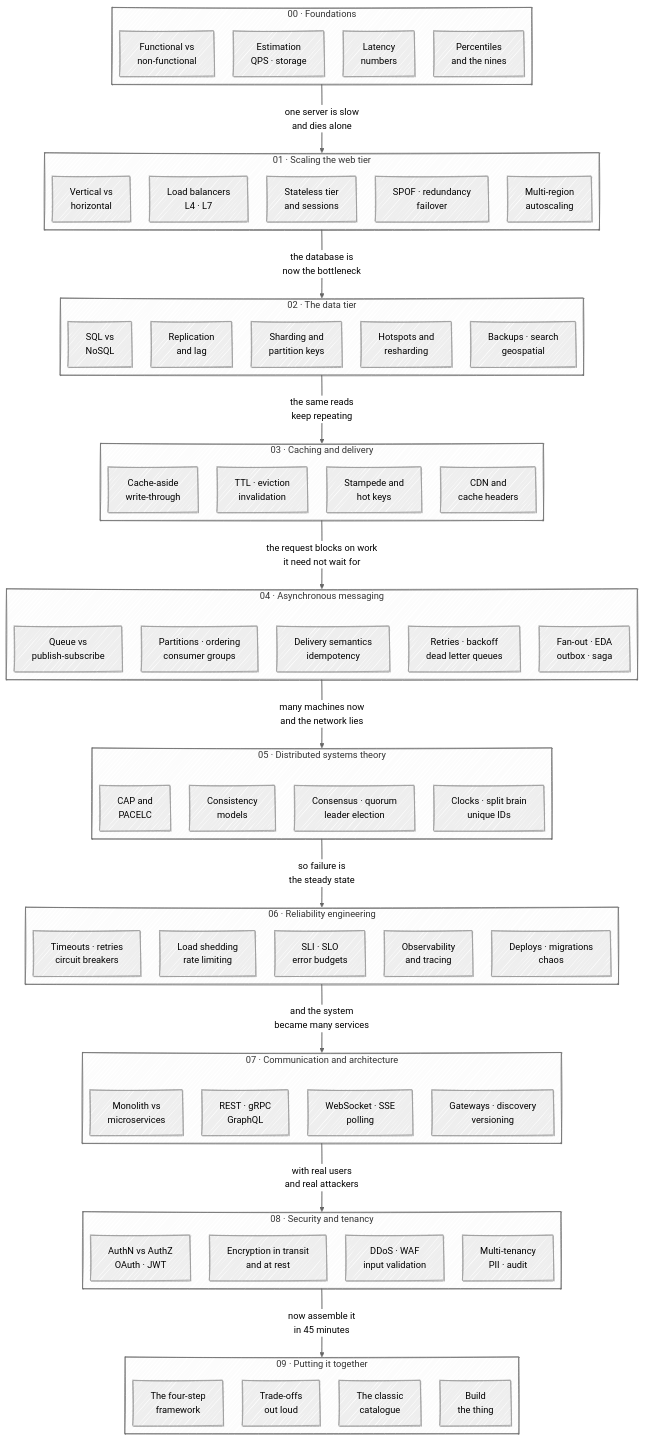
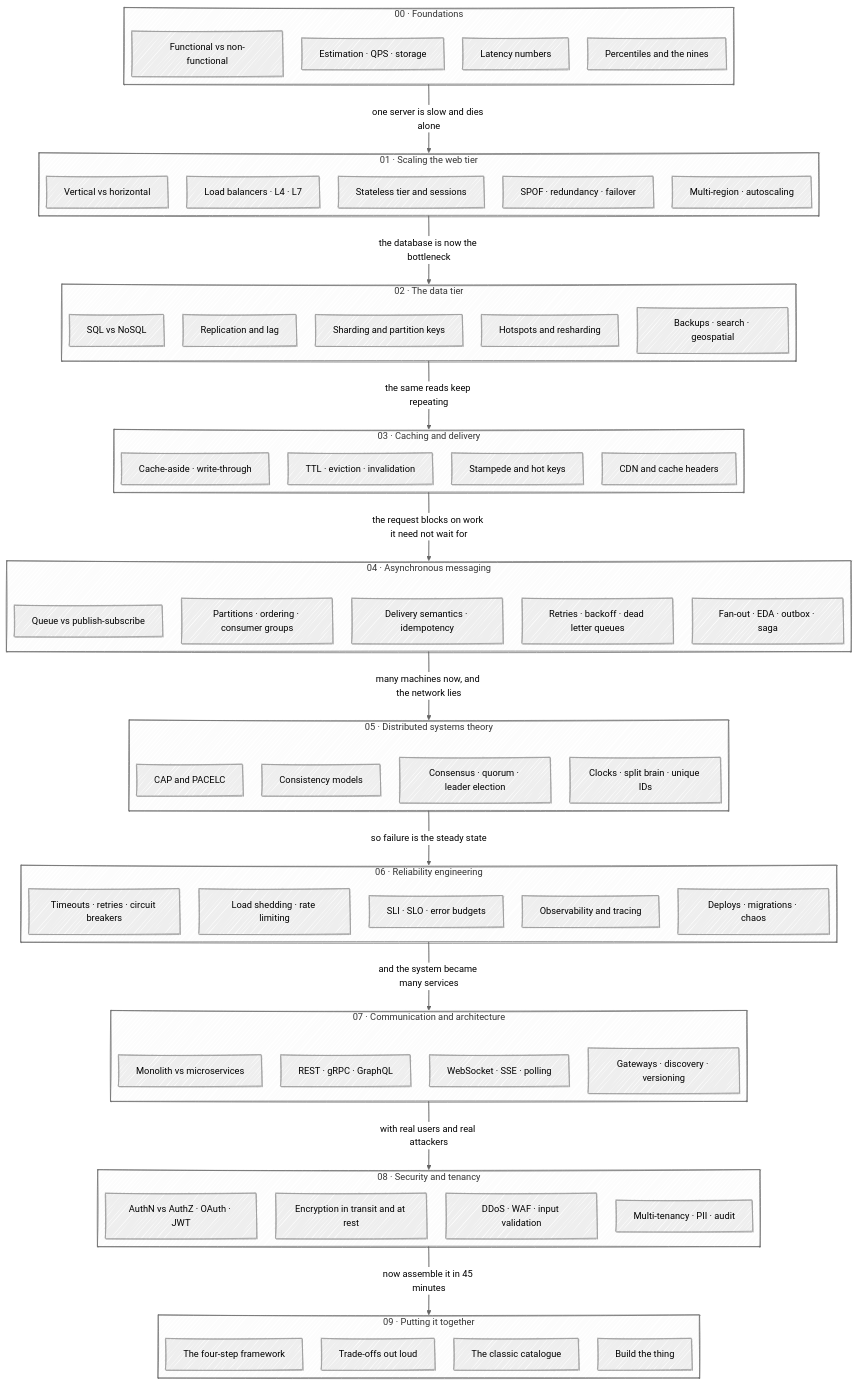
Before and after one commit to mhayk/system-design: the diagram in resources/roadmap/README.md, drawn with Mermaid.

Commit message:
Restore quoted flowchart labels and drop the line breaks
Unquoted labels do not parse here — GitHub rendered an empty diagram.
Quoted labels parse, but swallow <br/>, so let the text wrap on its own
and separate the terms with middle dots instead.

````diff
--- a/resources/roadmap/README.md
+++ b/resources/roadmap/README.md
@@ -20,69 +20,69 @@
 ```mermaid
 ---
 config:
   look: handDrawn
   layout: elk
   theme: neutral
 ---
 flowchart TB
 
   subgraph S0["00 · Foundations"]
     direction LR
-    a1[Functional vs<br/>non-functional] ~~~ a2[Estimation<br/>QPS · storage] ~~~ a3[Latency<br/>numbers] ~~~ a4[Percentiles<br/>and the nines]
+    a1["Functional vs non-functional"] ~~~ a2["Estimation · QPS · storage"] ~~~ a3["Latency numbers"] ~~~ a4["Percentiles and the nines"]
   end
 
   subgraph S1["01 · Scaling the web tier"]
     direction LR
-    b1[Vertical vs<br/>horizontal] ~~~ b2[Load balancers<br/>L4 · L7] ~~~ b3[Stateless tier<br/>and sessions] ~~~ b4[SPOF · redundancy<br/>failover] ~~~ b5[Multi-region<br/>autoscaling]
+    b1["Vertical vs horizontal"] ~~~ b2["Load balancers · L4 · L7"] ~~~ b3["Stateless tier and sessions"] ~~~ b4["SPOF · redundancy · failover"] ~~~ b5["Multi-region · autoscaling"]
   end
 
   subgraph S2["02 · The data tier"]
     direction LR
-    c1[SQL vs<br/>NoSQL] ~~~ c2[Replication<br/>and lag] ~~~ c3[Sharding and<br/>partition keys] ~~~ c4[Hotspots and<br/>resharding] ~~~ c5[Backups · search<br/>geospatial]
+    c1["SQL vs NoSQL"] ~~~ c2["Replication and lag"] ~~~ c3["Sharding and partition keys"] ~~~ c4["Hotspots and resharding"] ~~~ c5["Backups · search · geospatial"]
   end
 
   subgraph S3["03 · Caching and delivery"]
     direction LR
-    d1[Cache-aside<br/>write-through] ~~~ d2[TTL · eviction<br/>invalidation] ~~~ d3[Stampede and<br/>hot keys] ~~~ d4[CDN and<br/>cache headers]
+    d1["Cache-aside · write-through"] ~~~ d2["TTL · eviction · invalidation"] ~~~ d3["Stampede and hot keys"] ~~~ d4["CDN and cache headers"]
   end
 
   subgraph S4["04 · Asynchronous messaging"]
     direction LR
-    e1[Queue vs<br/>publish-subscribe] ~~~ e2[Partitions · ordering<br/>consumer groups] ~~~ e3[Delivery semantics<br/>idempotency] ~~~ e4[Retries · backoff<br/>dead letter queues] ~~~ e5[Fan-out · EDA<br/>outbox · saga]
+    e1["Queue vs publish-subscribe"] ~~~ e2["Partitions · ordering · consumer groups"] ~~~ e3["Delivery semantics · idempotency"] ~~~ e4["Retries · backoff · dead letter queues"] ~~~ e5["Fan-out · EDA · outbox · saga"]
   end
 
   subgraph S5["05 · Distributed systems theory"]
     direction LR
-    f1[CAP and<br/>PACELC] ~~~ f2[Consistency<br/>models] ~~~ f3[Consensus · quorum<br/>leader election] ~~~ f4[Clocks · split brain<br/>unique IDs]
+    f1["CAP and PACELC"] ~~~ f2["Consistency models"] ~~~ f3["Consensus · quorum · leader election"] ~~~ f4["Clocks · split brain · unique IDs"]
   end
 
   subgraph S6["06 · Reliability engineering"]
     direction LR
-    g1[Timeouts · retries<br/>circuit breakers] ~~~ g2[Load shedding<br/>rate limiting] ~~~ g3[SLI · SLO<br/>error budgets] ~~~ g4[Observability<br/>and tracing] ~~~ g5[Deploys · migrations<br/>chaos]
+    g1["Timeouts · retries · circuit breakers"] ~~~ g2["Load shedding · rate limiting"] ~~~ g3["SLI · SLO · error budgets"] ~~~ g4["Observability and tracing"] ~~~ g5["Deploys · migrations · chaos"]
   end
 
   subgraph S7["07 · Communication and architecture"]
     direction LR
-    h1[Monolith vs<br/>microservices] ~~~ h2[REST · gRPC<br/>GraphQL] ~~~ h3[WebSocket · SSE<br/>polling] ~~~ h4[Gateways · discovery<br/>versioning]
+    h1["Monolith vs microservices"] ~~~ h2["REST · gRPC · GraphQL"] ~~~ h3["WebSocket · SSE · polling"] ~~~ h4["Gateways · discovery · versioning"]
   end
 
   subgraph S8["08 · Security and tenancy"]
     direction LR
-    i1[AuthN vs AuthZ<br/>OAuth · JWT] ~~~ i2[Encryption in transit<br/>and at rest] ~~~ i3[DDoS · WAF<br/>input validation] ~~~ i4[Multi-tenancy<br/>PII · audit]
+    i1["AuthN vs AuthZ · OAuth · JWT"] ~~~ i2["Encryption in transit and at rest"] ~~~ i3["DDoS · WAF · input validation"] ~~~ i4["Multi-tenancy · PII · audit"]
   end
 
   subgraph S9["09 · Putting it together"]
     direction LR
-    j1[The four-step<br/>framework] ~~~ j2[Trade-offs<br/>out loud] ~~~ j3[The classic<br/>catalogue] ~~~ j4[Build<br/>the thing]
+    j1["The four-step framework"] ~~~ j2["Trade-offs out loud"] ~~~ j3["The classic catalogue"] ~~~ j4["Build the thing"]
   end
 
-  S0 -->|one server is slow<br/>and dies alone| S1
-  S1 -->|the database is<br/>now the bottleneck| S2
-  S2 -->|the same reads<br/>keep repeating| S3
-  S3 -->|the request blocks on work<br/>it need not wait for| S4
-  S4 -->|many machines now<br/>and the network lies| S5
-  S5 -->|so failure is<br/>the steady state| S6
-  S6 -->|and the system<br/>became many services| S7
-  S7 -->|with real users<br/>and real attackers| S8
-  S8 -->|now assemble it<br/>in 45 minutes| S9
+  S0 -->|"one server is slow and dies alone"| S1
+  S1 -->|"the database is now the bottleneck"| S2
+  S2 -->|"the same reads keep repeating"| S3
+  S3 -->|"the request blocks on work it need not wait for"| S4
+  S4 -->|"many machines now, and the network lies"| S5
+  S5 -->|"so failure is the steady state"| S6
+  S6 -->|"and the system became many services"| S7
+  S7 -->|"with real users and real attackers"| S8
+  S8 -->|"now assemble it in 45 minutes"| S9
 ```
````
